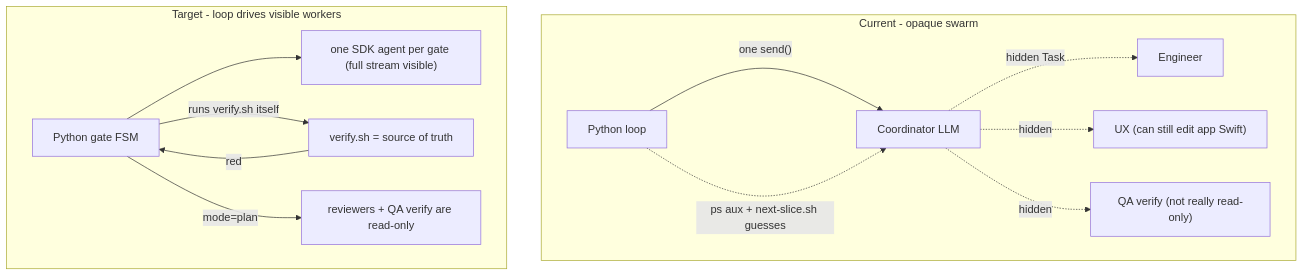
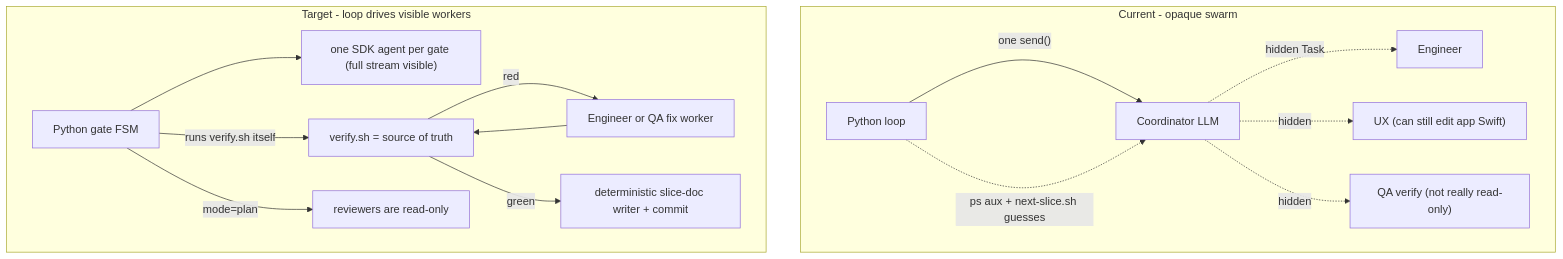
Before and after one commit to barrand/Podwash: the diagram in docs/plans/loop-as-orchestrator-refactor.md, drawn with Mermaid. The commit also changed other lines of this file and 11 other files, not shown here.

First line of the commit message:
Implement loop-as-orchestrator: GateState FSM, loop-owned verify, fix router.

````diff
--- a/docs/plans/loop-as-orchestrator-refactor.md
+++ b/docs/plans/loop-as-orchestrator-refactor.md
@@ -31,16 +37,18 @@
 ```mermaid
 flowchart TD
   subgraph nowGraph [Current - opaque swarm]
     l1["Python loop"] -->|"one send()"| coord["Coordinator LLM"]
     coord -.hidden Task.-> eng1["Engineer"]
     coord -.hidden.-> ux1["UX (can still edit app Swift)"]
     coord -.hidden.-> qa1["QA verify (not really read-only)"]
     l1 -.->|"ps aux + next-slice.sh guesses"| coord
   end
   subgraph newGraph [Target - loop drives visible workers]
     fsm["Python gate FSM"] --> w1["one SDK agent per gate (full stream visible)"]
     fsm -->|"runs verify.sh itself"| truth["verify.sh = source of truth"]
-    fsm -->|"mode=plan"| ro["reviewers + QA verify are read-only"]
-    truth -->|red| fsm
+    fsm -->|"mode=plan"| ro["reviewers are read-only"]
+    truth -->|red| router["Engineer or QA fix worker"]
+    router --> truth
+    truth -->|green| docs["deterministic slice-doc writer + commit"]
   end
 ```
````
